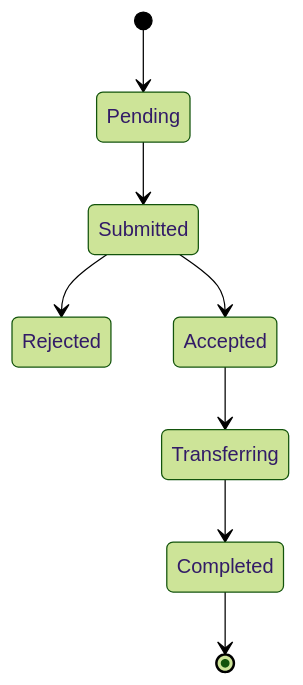
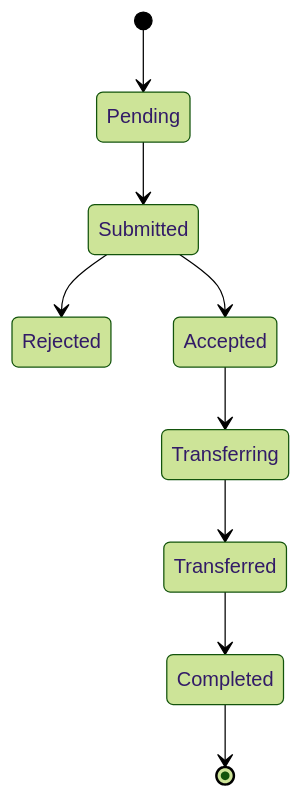
The diagram in docs/inbound-transfers/Basics.md (wealthkernel/api-documentation-guides), drawn with Mermaid (forest theme) before and after one commit. The commit also changed other lines of this file and 1 other file, not shown here.

Commit message:
Added transferred status to the inbound transfers guide

````diff
--- a/docs/inbound-transfers/Basics.md
+++ b/docs/inbound-transfers/Basics.md
@@ -12,10 +12,11 @@
 ```mermaid
 stateDiagram-v2
     [*] --> Pending
     Pending --> Submitted
     Submitted --> Rejected
     Submitted --> Accepted
     Accepted --> Transferring
-    Transferring --> Completed
+    Transferring --> Transferred
+    Transferred --> Completed
     Completed --> [*]   
 ```
````
